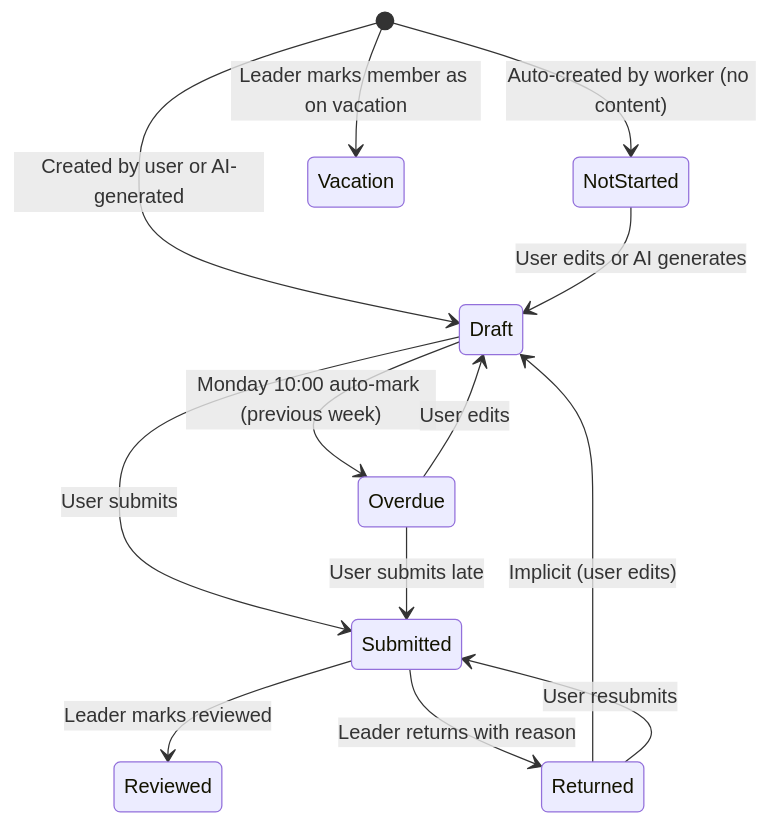
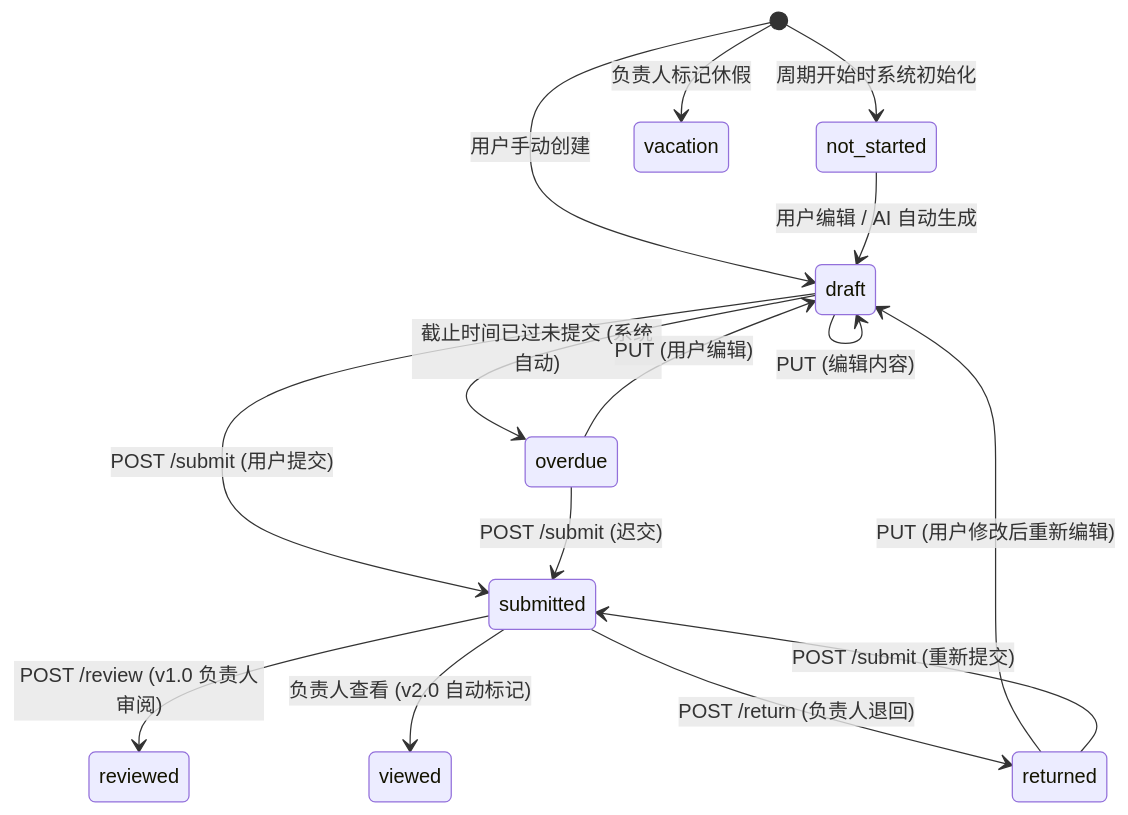
One commit to inernoro/prd_agent changed the diagram in doc/output-technical-writing.md. Above: the diagram before and after it, drawn with Mermaid. The commit also changed other lines of this file, not shown here.

````diff
--- a/doc/output-technical-writing.md
+++ b/doc/output-technical-writing.md
@@ -457,15 +596,21 @@
 ```mermaid
 stateDiagram-v2
-    [*] --> NotStarted: Auto-created by worker (no content)
-    [*] --> Draft: Created by user or AI-generated
-    NotStarted --> Draft: User edits or AI generates
-    Draft --> Submitted: User submits
-    Draft --> Overdue: Monday 10:00 auto-mark (previous week)
-    Submitted --> Reviewed: Leader marks reviewed
-    Submitted --> Returned: Leader returns with reason
-    Returned --> Draft: Implicit (user edits)
-    Returned --> Submitted: User resubmits
-    Overdue --> Submitted: User submits late
-    Overdue --> Draft: User edits
-    [*] --> Vacation: Leader marks member as on vacation
+    [*] --> not_started : 周期开始时系统初始化
+    [*] --> draft : 用户手动创建
+    [*] --> vacation : 负责人标记休假
+
+    not_started --> draft : 用户编辑 / AI 自动生成
+    draft --> submitted : POST /submit (用户提交)
+    draft --> draft : PUT (编辑内容)
+    draft --> overdue : 截止时间已过未提交 (系统自动)
+
+    submitted --> reviewed : POST /review (v1.0 负责人审阅)
+    submitted --> viewed : 负责人查看 (v2.0 自动标记)
+    submitted --> returned : POST /return (负责人退回)
+
+    returned --> draft : PUT (用户修改后重新编辑)
+    returned --> submitted : POST /submit (重新提交)
+
+    overdue --> draft : PUT (用户编辑)
+    overdue --> submitted : POST /submit (迟交)
 ```
````
